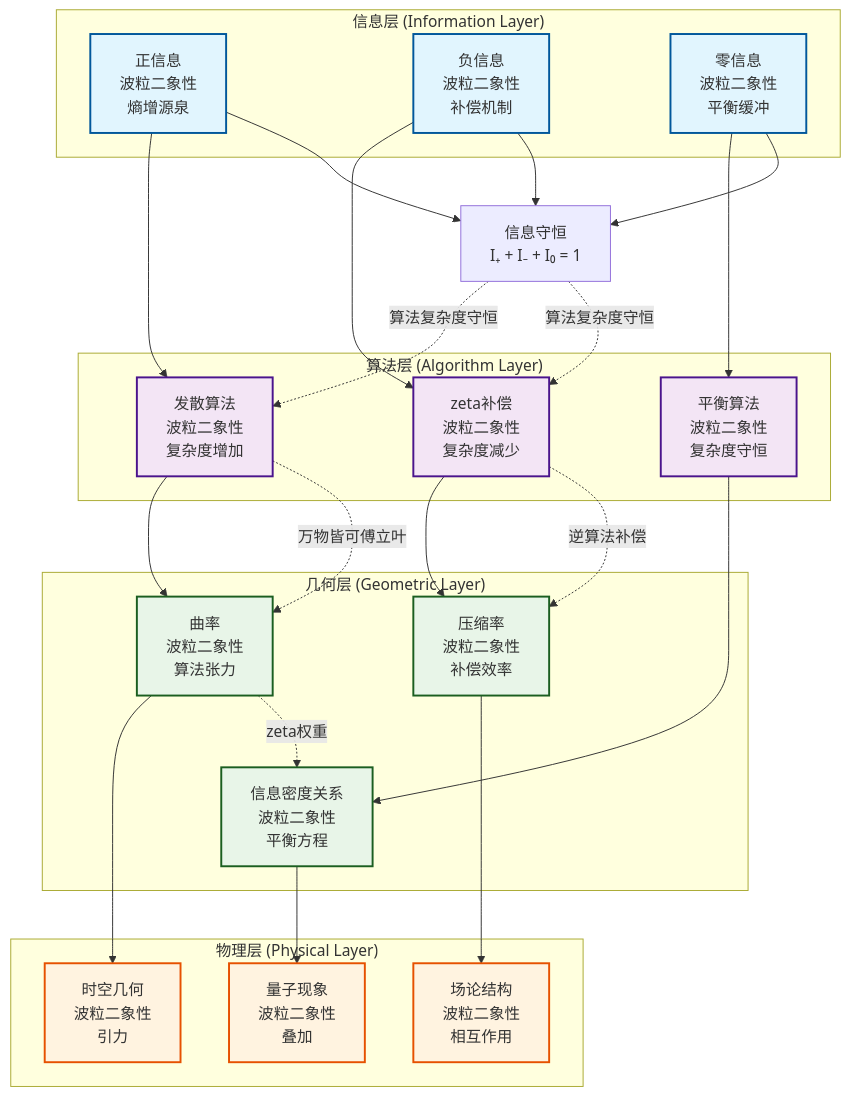
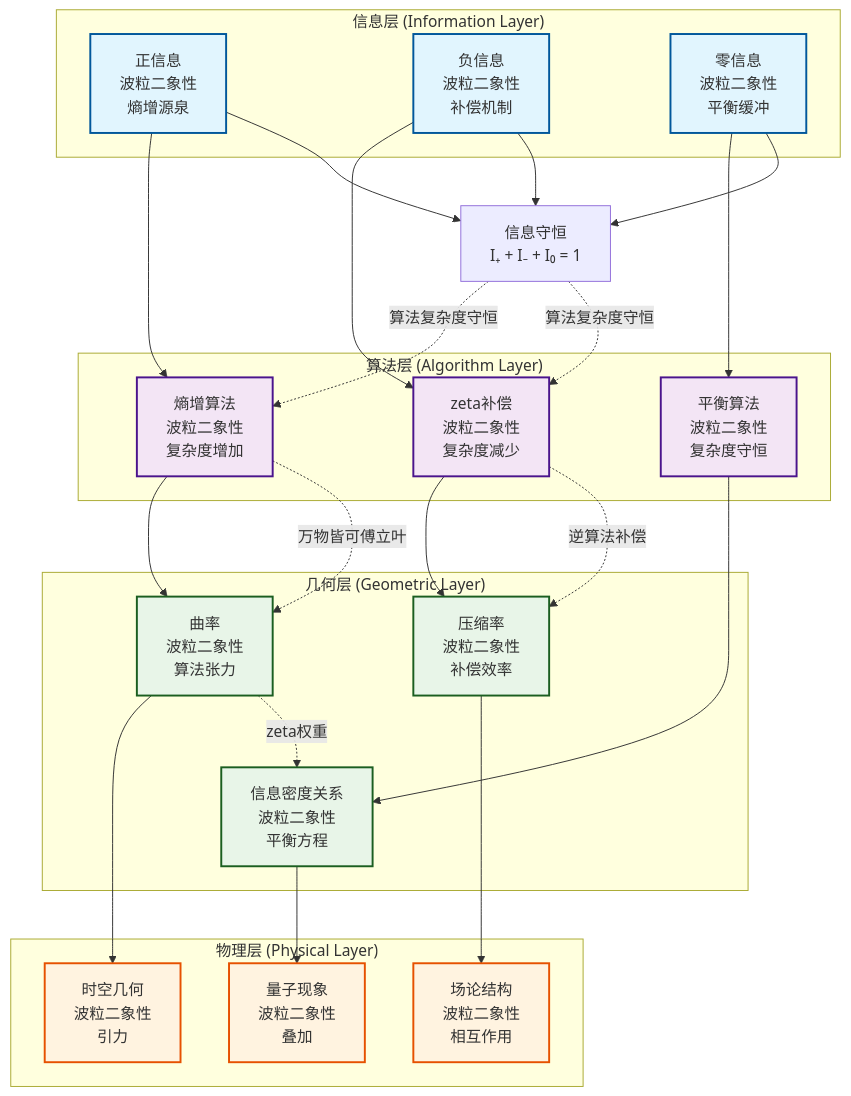
One commit to loning/zeckendorf-hilbert changed the diagram in docs/papers/zeta-fourier-nok/zeta-fourier-nok-foundations.md. Above: the diagram before and after it, drawn with Mermaid. The commit also changed other lines of this file, not shown here.

````diff
--- a/docs/papers/zeta-fourier-nok/zeta-fourier-nok-foundations.md
+++ b/docs/papers/zeta-fourier-nok/zeta-fourier-nok-foundations.md
@@ -817,66 +813,66 @@
 ```mermaid
 graph TD
     %% 信息层
     subgraph "信息层 (Information Layer)"
         IP[正信息<br/>波粒二象性<br/>熵增源泉]
         IN[负信息<br/>波粒二象性<br/>补偿机制]
         IZ[零信息<br/>波粒二象性<br/>平衡缓冲]
     end
 
     %% 算法层
     subgraph "算法层 (Algorithm Layer)"
-        AD[发散算法<br/>波粒二象性<br/>复杂度增加]
+        AD[熵增算法<br/>波粒二象性<br/>复杂度增加]
         AC[zeta补偿<br/>波粒二象性<br/>复杂度减少]
         AB[平衡算法<br/>波粒二象性<br/>复杂度守恒]
     end
 
     %% 几何层
     subgraph "几何层 (Geometric Layer)"
         CR[曲率<br/>波粒二象性<br/>算法张力]
         CP[压缩率<br/>波粒二象性<br/>补偿效率]
         IR[信息密度关系<br/>波粒二象性<br/>平衡方程]
     end
 
     %% 物理层
     subgraph "物理层 (Physical Layer)"
         SG[时空几何<br/>波粒二象性<br/>引力]
         FT[场论结构<br/>波粒二象性<br/>相互作用]
         QP[量子现象<br/>波粒二象性<br/>叠加]
     end
 
     %% 对应关系
     IP --> AD
     IN --> AC
     IZ --> AB
 
     AD --> CR
     AC --> CP
     AB --> IR
 
     CR --> SG
     CP --> FT
     IR --> QP
 
     %% 核心机制
     AD -.->|"万物皆可傅立叶"| CR
     AC -.->|"逆算法补偿"| CP
     CR -.->|"zeta权重"| IR
 
     %% 守恒律
     IP --> CONS[信息守恒<br/>I₊ + I₋ + I₀ = 1]
     IN --> CONS
     IZ --> CONS
 
     CONS -.->|"算法复杂度守恒"| AD
     CONS -.->|"算法复杂度守恒"| AC
 
     classDef infoLayer fill:#e1f5fe,stroke:#01579b,stroke-width:2px
     classDef algoLayer fill:#f3e5f5,stroke:#4a148c,stroke-width:2px
     classDef geomLayer fill:#e8f5e8,stroke:#1b5e20,stroke-width:2px
     classDef physLayer fill:#fff3e0,stroke:#e65100,stroke-width:2px
 
     class IP,IN,IZ infoLayer
     class AD,AC,AB algoLayer
     class CR,CP,IR geomLayer
     class SG,FT,QP physLayer
 ```
````
